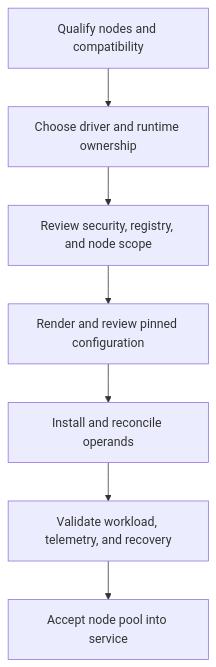
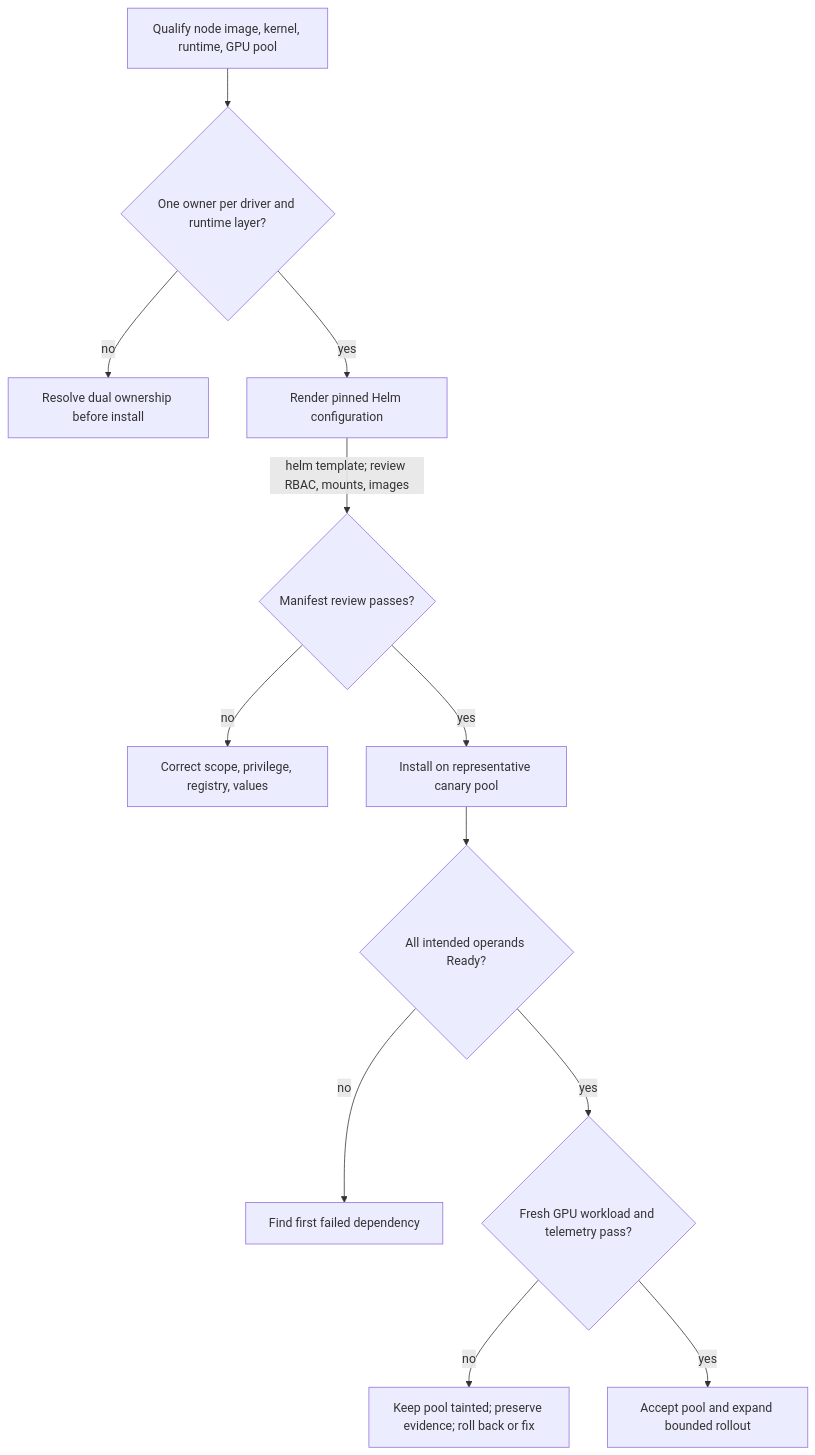
The diagram in docs/nvidia-zero-to-hero/volume-10/chapter-10-production-installation-and-configuration.md (jithinpnjm/nvidia-devops), drawn with Mermaid before and after one commit. The commit also changed other lines of this file, not shown here.

Commit message:
docs(volume-10): deepen installation acceptance evidence

````diff
--- a/docs/nvidia-zero-to-hero/volume-10/chapter-10-production-installation-and-configuration.md
+++ b/docs/nvidia-zero-to-hero/volume-10/chapter-10-production-installation-and-configuration.md
@@ -20,9 +20,14 @@
 ```mermaid
 flowchart TD
-    Qualify[Qualify nodes and compatibility] --> Ownership[Choose driver and runtime ownership]
-    Ownership --> Policy[Review security, registry, and node scope]
-    Policy --> Render[Render and review pinned configuration]
-    Render --> Reconcile[Install and reconcile operands]
-    Reconcile --> Accept[Validate workload, telemetry, and recovery]
-    Accept --> Operate[Accept node pool into service]
+    Qualify[Qualify node image, kernel, runtime, GPU pool] --> Ownership{One owner per driver and runtime layer?}
+    Ownership -->|no| OwnershipFix[Resolve dual ownership before install]
+    Ownership -->|yes| Render[Render pinned Helm configuration]
+    Render -->|"helm template; review RBAC, mounts, images"| Review{Manifest review passes?}
+    Review -->|no| ConfigFix[Correct scope, privilege, registry, values]
+    Review -->|yes| Canary[Install on representative canary pool]
+    Canary --> Reconcile{All intended operands Ready?}
+    Reconcile -->|no| OperandFix[Find first failed dependency]
+    Reconcile -->|yes| Accept{Fresh GPU workload and telemetry pass?}
+    Accept -->|no| Reject[Keep pool tainted; preserve evidence; roll back or fix]
+    Accept -->|yes| Operate[Accept pool and expand bounded rollout]
 ```
````
